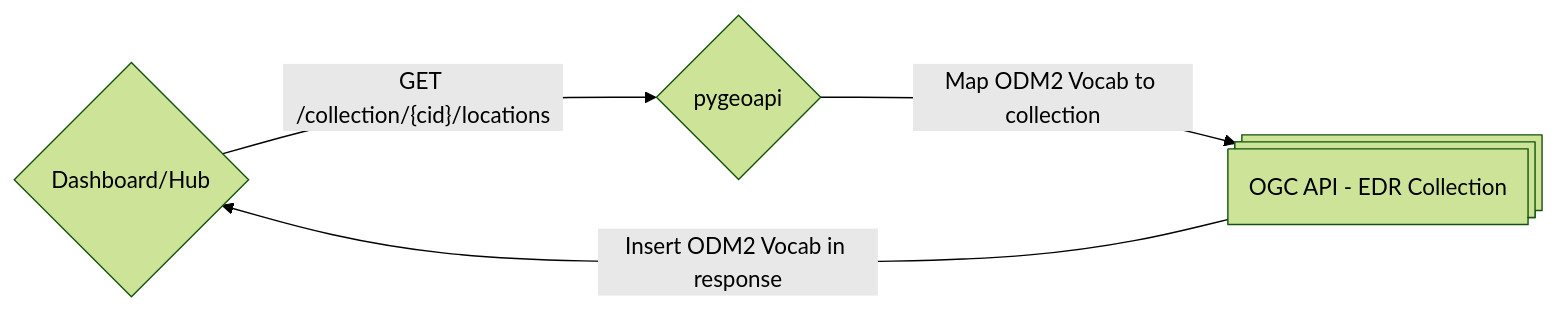
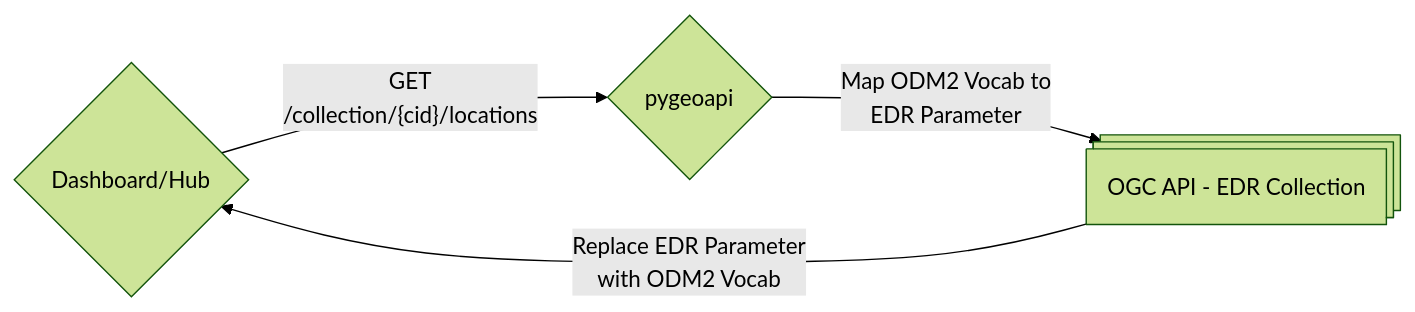
Before and after one commit to internetofwater/Western-Water-Datahub: the second of 4 diagrams in docs/ontology.md, drawn with Mermaid (forest theme). The commit also changed other lines of this file, not shown here.

Commit message:
Fix formatting and add more detail to flowchart

````diff
--- a/docs/ontology.md
+++ b/docs/ontology.md
@@ -35,8 +35,8 @@
 ```mermaid
 flowchart LR
     I{Dashboard/Hub}
     P{pygeoapi}
     E@{ shape: procs, label: "OGC API - EDR Collection"}
 
-    I -- GET /collection/{cid}/locations --> P -- Map ODM2 Vocab to collection --> E  -- Insert ODM2 Vocab in response --> I
+    I -- GET<br>/collection/{cid}/locations --> P -- Map ODM2 Vocab to<br>EDR Parameter --> E  -- Replace EDR Parameter<br>with ODM2 Vocab --> I
 ```
````
